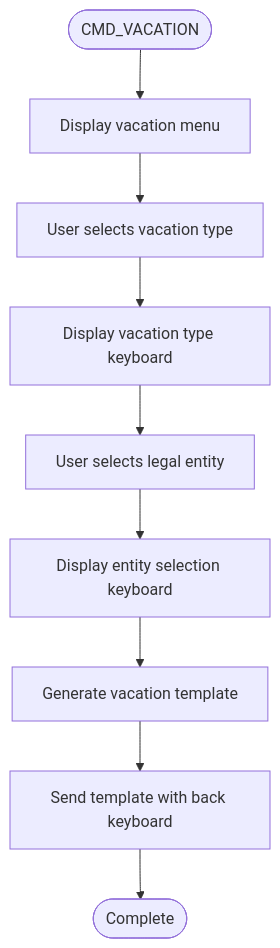
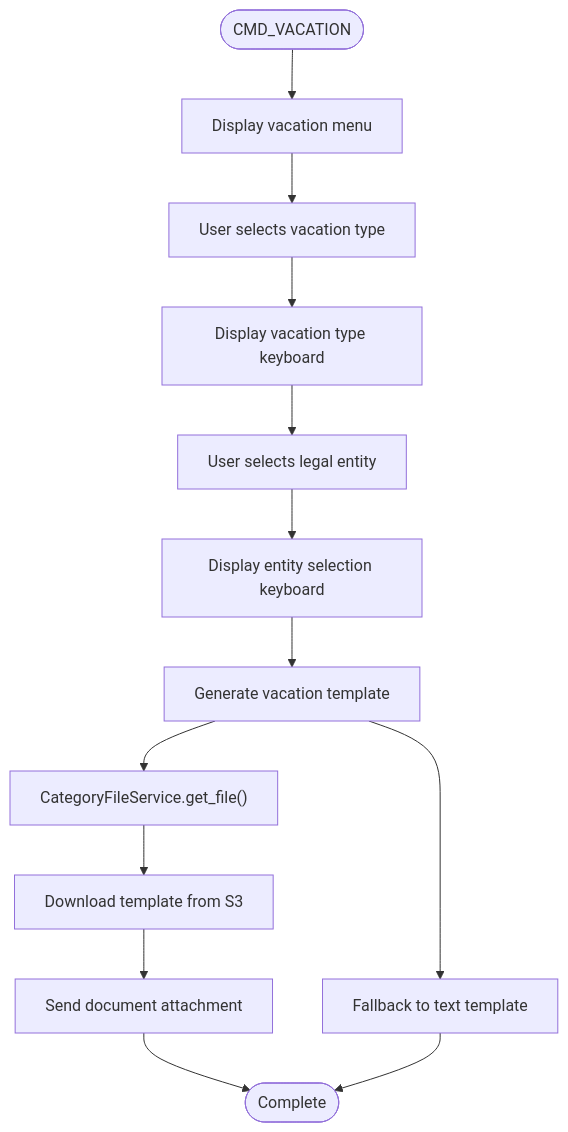
One commit to ognelis/cafetera_hr_bot changed diagram 17 of 18 in .qoder/repowiki/en/content/VK Integration/VK Integration.md. Above: the diagram before and after it, drawn with Mermaid. The commit also changed other lines of this file and 7 other files, not shown here.

Commit message:
CAFETERA-18 Improved fire flow

````diff
--- a/.qoder/repowiki/en/content/VK Integration/VK Integration.md
+++ b/.qoder/repowiki/en/content/VK Integration/VK Integration.md
@@ -809,11 +1003,15 @@
 ```mermaid
 flowchart TD
 Start(["CMD_VACATION"]) --> Menu["Display vacation menu"]
 Menu --> SelectType["User selects vacation type"]
 SelectType --> TypeKB["Display vacation type keyboard"]
 TypeKB --> EntitySelect["User selects legal entity"]
 EntitySelect --> EntityKB["Display entity selection keyboard"]
 EntityKB --> Template["Generate vacation template"]
-Template --> Send["Send template with back keyboard"]
-Send --> End(["Complete"])
+Template --> CFService["CategoryFileService.get_file()"]
+CFService --> S3Download["Download template from S3"]
+S3Download --> SendAttachment["Send document attachment"]
+SendAttachment --> End(["Complete"])
+Template --> SendText["Fallback to text template"]
+SendText --> End
 ```
````
